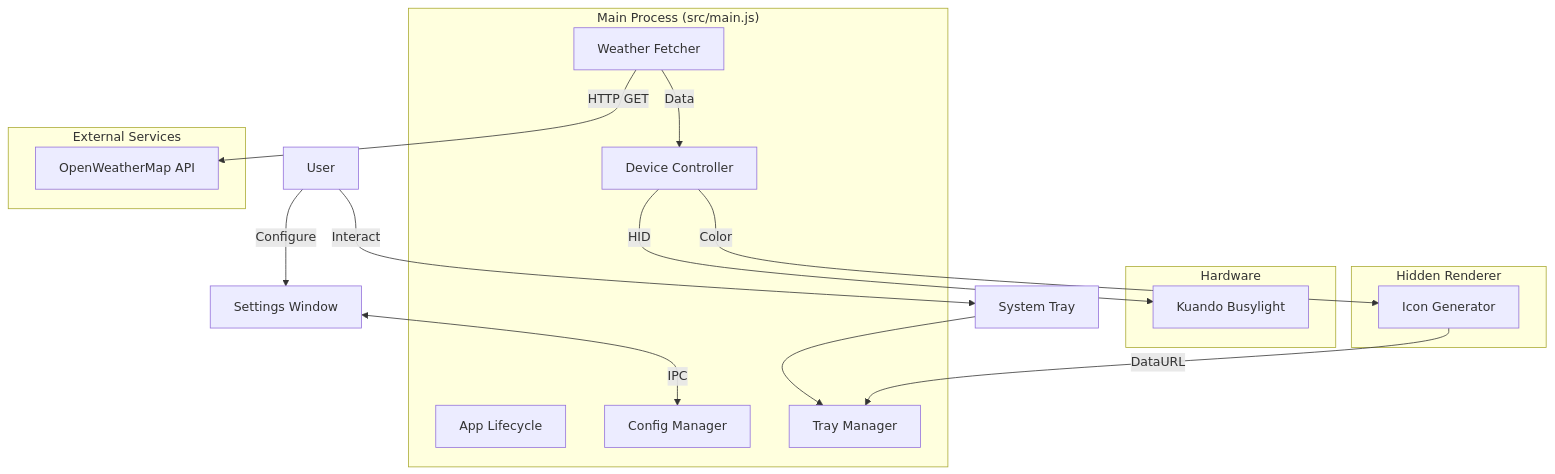
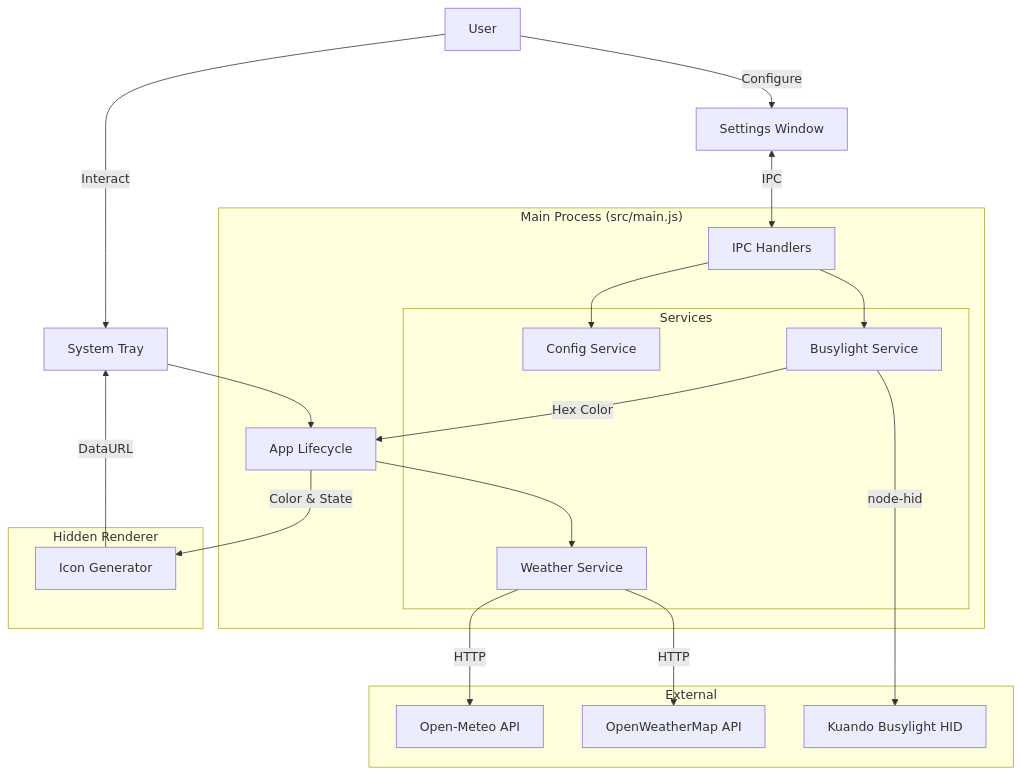
One commit to jonkt/weatherlight changed the diagram in docs/ARCHITECTURE.md. Above: the diagram before and after it, drawn with Mermaid. The commit also changed other lines of this file and 5 other files, not shown here.

````diff
--- a/docs/ARCHITECTURE.md
+++ b/docs/ARCHITECTURE.md
@@ -8,35 +10,42 @@
 ```mermaid
 graph TD
     User[User] -->|Interact| Tray[System Tray]
-    User -->|Configure| Settings[Settings Window]
+    User -->|Configure| SettingsWin[Settings Window]
     
     subgraph "Main Process (src/main.js)"
-        AppLife[App Lifecycle]
-        WeatherFetcher[Weather Fetcher]
-        DeviceCtrl[Device Controller]
-        ConfigMgr[Config Manager]
-        TrayMgr[Tray Manager]
-    end
-    
-    subgraph "External Services"
-        OWM[OpenWeatherMap API]
-    end
-    
-    subgraph "Hardware"
-        Busylight[Kuando Busylight]
+        AppLifecycle[App Lifecycle]
+        
+        subgraph "Services"
+            ConfigService[Config Service]
+            WeatherService[Weather Service]
+            BusylightService[Busylight Service]
+        end
+        
+        IPC[IPC Handlers]
     end
     
     subgraph "Hidden Renderer"
         IconGen[Icon Generator]
     end
 
-    Tray --> TrayMgr
-    Settings <-->|IPC| ConfigMgr
+    subgraph "External"
+        API_OM[Open-Meteo API]
+        API_OWM[OpenWeatherMap API]
+        HW_Busy[Kuando Busylight HID]
+    end
+
+    Tray --> AppLifecycle
+    SettingsWin <-->|IPC| IPC
+    IPC --> ConfigService
+    IPC --> BusylightService
+    AppLifecycle --> WeatherService
     
-    WeatherFetcher -->|HTTP GET| OWM
-    WeatherFetcher -->|Data| DeviceCtrl
-    DeviceCtrl -->|HID| Busylight
+    WeatherService -->|HTTP| API_OM
+    WeatherService -->|HTTP| API_OWM
     
-    DeviceCtrl -->|Color| IconGen
-    IconGen -->|DataURL| TrayMgr
+    BusylightService -->|node-hid| HW_Busy
+    BusylightService -->|Hex Color| AppLifecycle
+    
+    AppLifecycle -->|Color & State| IconGen
+    IconGen -->|DataURL| Tray
 ```
````
